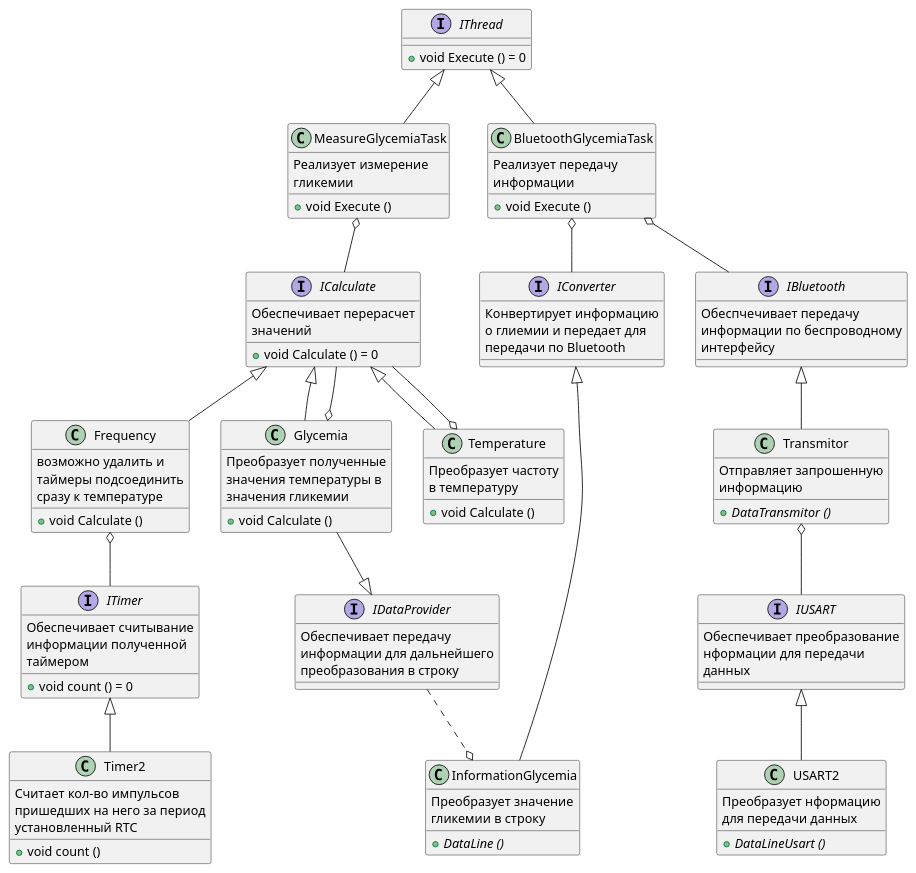
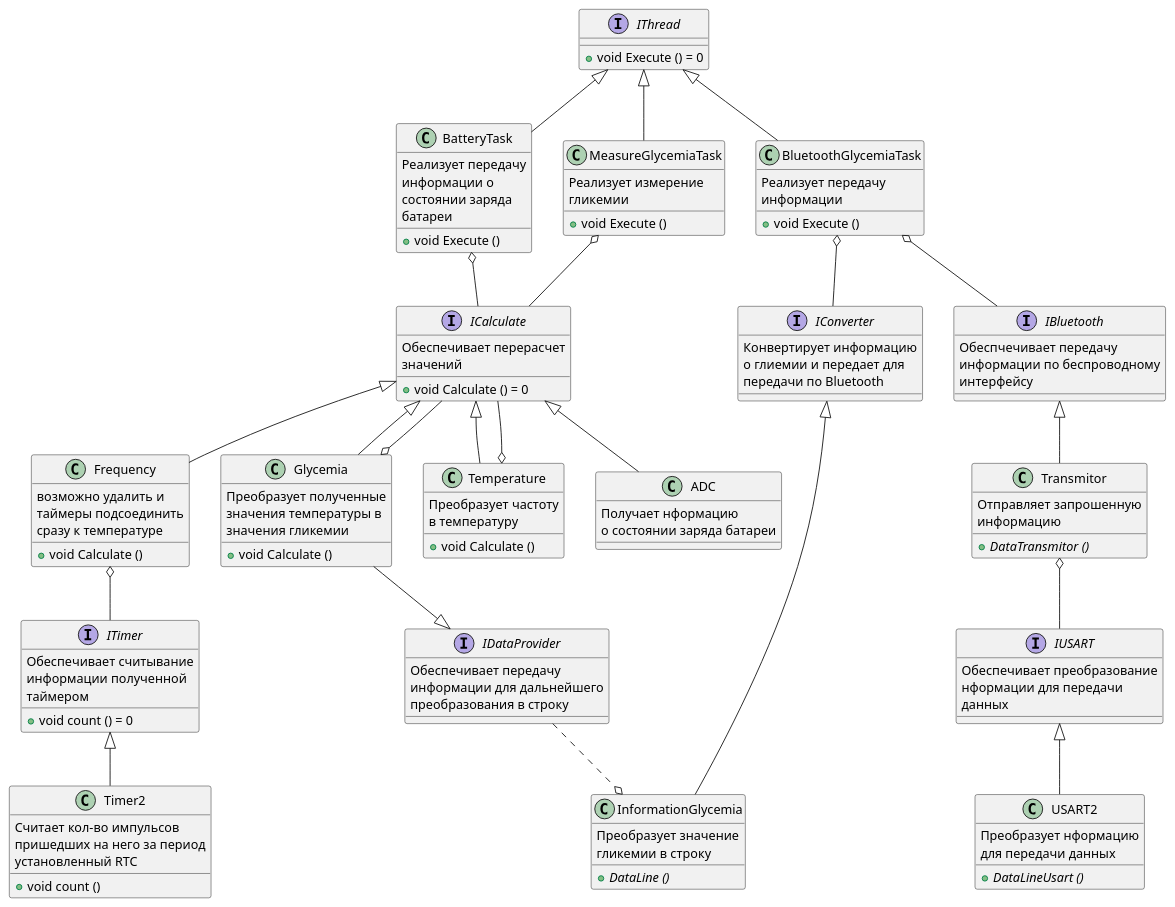
The diagram in DOC/Diagram.puml (Luda-Seliv-KE-413/Kursovoy), drawn with PlantUML before and after one commit. The commit also changed 1 other file, not shown here.

Commit message:
UML Update

```diff
--- a/DOC/Diagram.puml
+++ b/DOC/Diagram.puml
@@ -1,143 +1,162 @@
 @startuml main 
 
 interface IThread
 {
     + void Execute () = 0
 }
 class MeasureGlycemiaTask
 {
     Реализует измерение
     гликемии
 
     + void Execute ()
 }
 class Glycemia
 {
     Преобразует полученные
     значения температуры в
     значения гликемии
 
      + void Calculate ()
 }
 
 class Temperature
 {
     Преобразует частоту
     в температуру
 
      + void Calculate ()
 }
 
 class Frequency
 {
      возможно удалить и 
      таймеры подсоединить
      сразу к температуре
      
      + void Calculate ()
 }
 
 IThread <|-down- MeasureGlycemiaTask
 ICalculate -up-o MeasureGlycemiaTask
 ICalculate <|-- Glycemia
 ICalculate --o Glycemia
 Temperature -up-|> ICalculate
 ICalculate --o Temperature
 Frequency -up-|> ICalculate
 
 class BluetoothGlycemiaTask
 {
     Реализует передачу
     информации
 
      + void Execute ()
 }
 class USART2
 {
     Преобразует нформацию
     для передачи данных
     
     + {abstract} DataLineUsart ()
 }
 class Transmitor
 {
     Отправляет запрошенную
     информацию
     
     + {abstract} DataTransmitor ()
 }
 interface ICalculate
 {
     Обеспечивает перерасчет
     значений
 
     + void Calculate () = 0
 }
 
 class InformationGlycemia
 {
     Преобразует значение 
     гликемии в строку
     
     + {abstract} DataLine ()
 }
 interface IBluetooth
 {
     Обеспчечивает передачу 
     информации по беспроводному
     интерфейсу
 }
 interface IUSART
 {
     Обеспечивает преобразование 
     нформации для передачи 
     данных
 }
 interface IConverter
 {
     Конвертирует информацию 
     о глиемии и передает для 
     передачи по Bluetooth
 }
 interface IDataProvider
 {
     Обеспечивает передачу 
     информации для дальнейшего 
     преобразования в строку
 }
 
 IThread <|-- BluetoothGlycemiaTask
 BluetoothGlycemiaTask o-- IBluetooth
 Transmitor -up-|> IBluetooth
 IUSART -up-o Transmitor
 USART2 -up-|> IUSART
 InformationGlycemia -up-|> IConverter
 IConverter -up-o BluetoothGlycemiaTask
 
 
 InformationGlycemia o.up.IDataProvider
 Glycemia --|> IDataProvider
 
 
 
 interface ITimer
 {
     Обеспечивает считывание
     информации полученной
     таймером
 
     + void count () = 0
 }
 class Timer2
 {
     Считает кол-во импульсов
     пришедших на него за период 
     установленный RTC
 
     + void count ()
 }
 
 ITimer -up-o Frequency
 Timer2 -up-|> ITimer
 
+class BatteryTask
+{
+    Реализует передачу
+    информации о
+    состоянии заряда
+    батареи
+
+     + void Execute ()
+}
+class ADC
+{
+    Получает нформацию
+    о состоянии заряда батареи
+}
+
+IThread <|-- BatteryTask
+ICalculate -up-o BatteryTask
+ICalculate <|-- ADC
+
 @enduml
```
